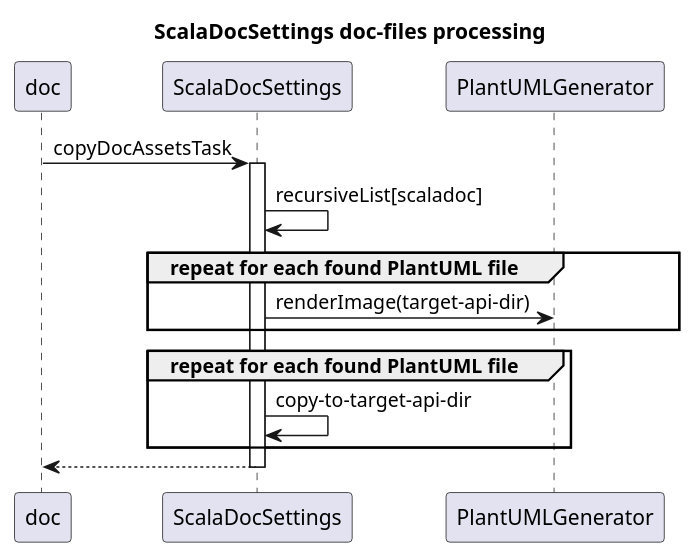
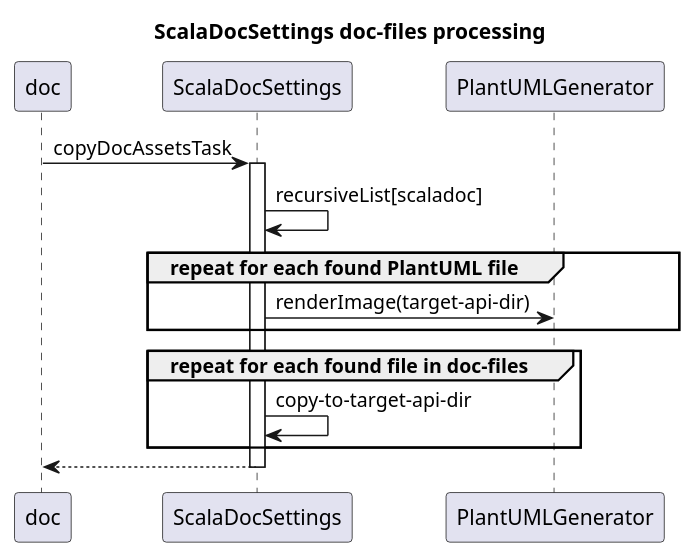
One commit to pnerg/sbt-scaladoc-settings-plugin changed the diagram in src/main/scaladoc/doc-files/flowchart.puml. Above: the diagram before and after it, drawn with PlantUML. The commit also changed 3 other files, not shown here.

Commit message:
updated example flowchart and scaladoc

```diff
--- a/src/main/scaladoc/doc-files/flowchart.puml
+++ b/src/main/scaladoc/doc-files/flowchart.puml
@@ -1,19 +1,19 @@
 @startuml
 title ScalaDocSettings doc-files processing
 
 participant doc
 participant ScalaDocSettings
 participant PlantUMLGenerator
 
 doc -> ScalaDocSettings: copyDocAssetsTask
 activate ScalaDocSettings
     ScalaDocSettings -> ScalaDocSettings: recursiveList[scaladoc]
     group repeat for each found PlantUML file
         ScalaDocSettings -> PlantUMLGenerator : renderImage(target-api-dir)
     end
-    group repeat for each found PlantUML file
+    group repeat for each found file in doc-files
         ScalaDocSettings -> ScalaDocSettings : copy-to-target-api-dir
     end
 ScalaDocSettings --> doc
 deactivate ScalaDocSettings
 @enduml
```
